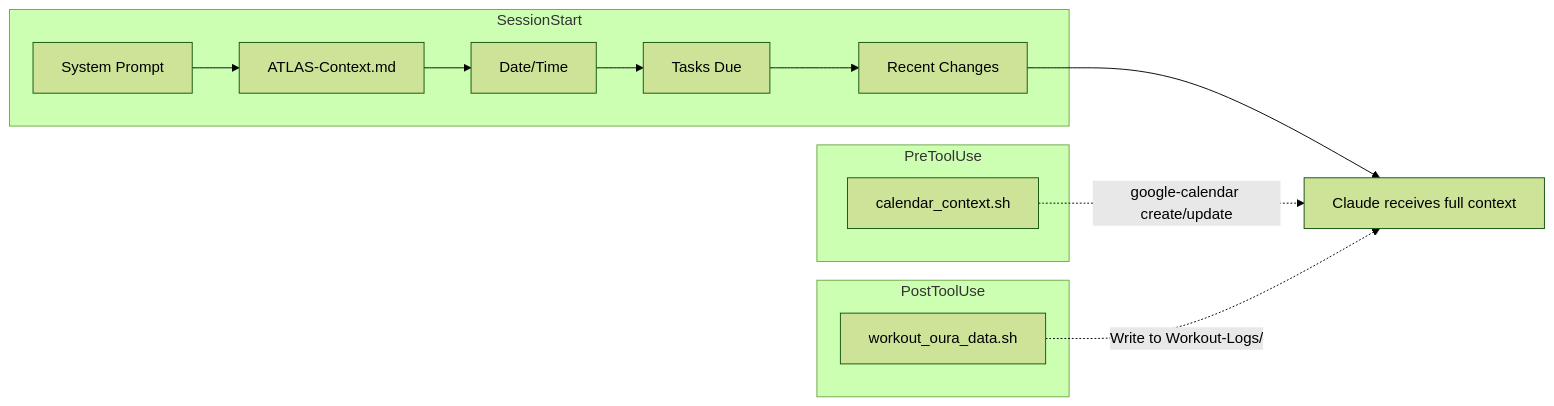
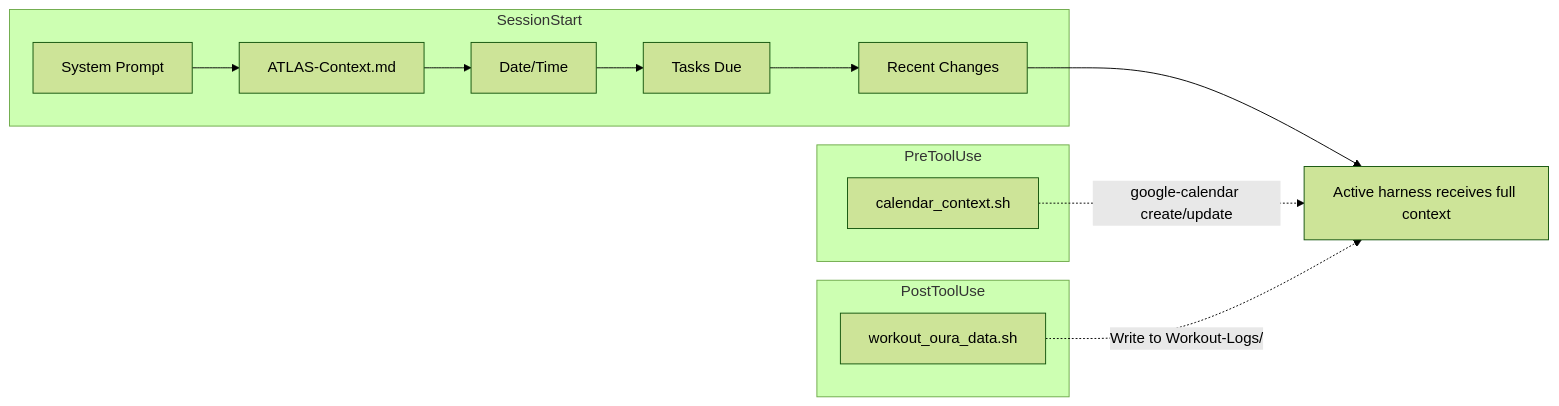
One commit to jamesmoon2/ATLAS-bot changed the fourth of 5 diagrams in README.md. Above: the diagram before and after it, drawn with Mermaid (forest theme). The commit also changed other lines of this file and 26 other files, not shown here.

````diff
--- a/README.md
+++ b/README.md
@@ -237,21 +254,21 @@
 ```mermaid
 flowchart LR
     subgraph "SessionStart"
         A[System Prompt] --> B[ATLAS-Context.md]
         B --> C[Date/Time]
         C --> D[Tasks Due]
         D --> E[Recent Changes]
     end
 
     subgraph "PreToolUse"
         F[calendar_context.sh]
     end
 
     subgraph "PostToolUse"
         G[workout_oura_data.sh]
     end
 
-    E --> H[Claude receives full context]
+    E --> H[Active harness receives full context]
     F -.->|google-calendar create/update| H
     G -.->|Write to Workout-Logs/| H
 ```
````
